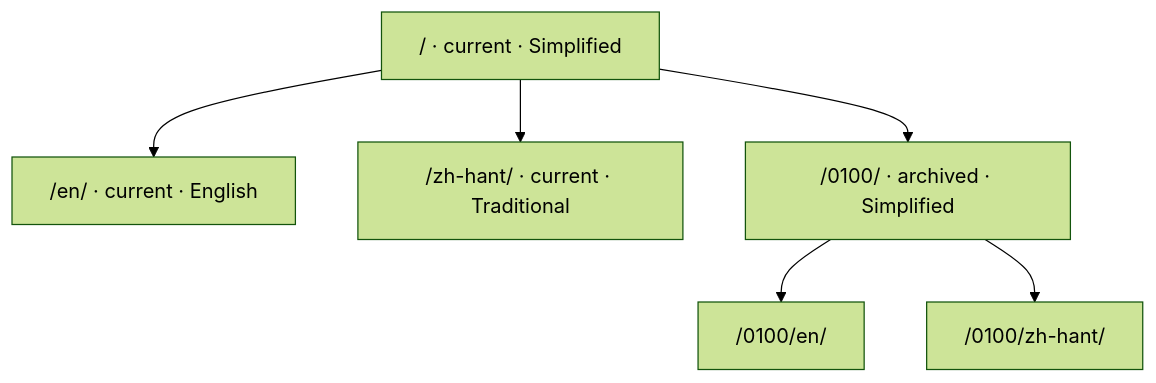
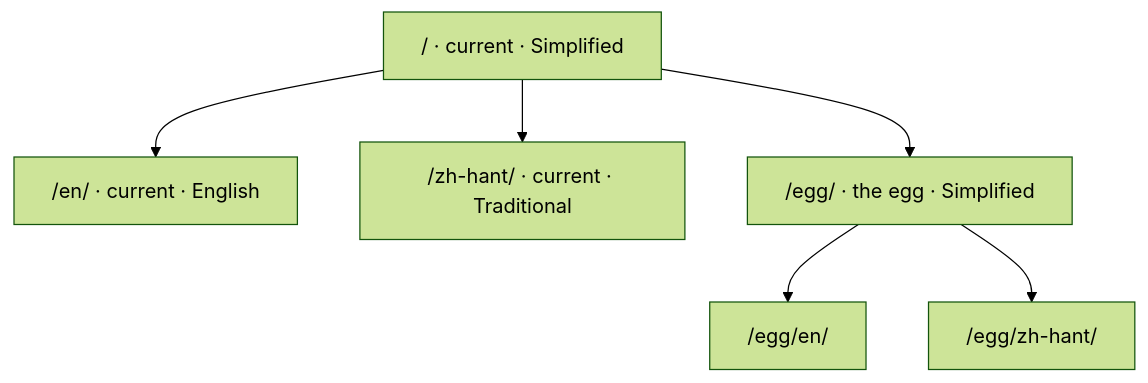
The diagram in content/about/index.en.md (rwr-infra/rwr-mapbook), drawn with Mermaid (forest theme) before and after one commit. The commit also changed other lines of this file and 523 other files, not shown here.

````diff
--- a/content/about/index.en.md
+++ b/content/about/index.en.md
@@ -37,8 +37,8 @@
 ```mermaid
 graph TD
   A["/ · current · Simplified"] --> B["/en/ · current · English"]
   A --> C["/zh-hant/ · current · Traditional"]
-  A --> D["/0100/ · archived · Simplified"]
-  D --> E["/0100/en/"]
-  D --> F["/0100/zh-hant/"]
+  A --> D["/egg/ · the egg · Simplified"]
+  D --> E["/egg/en/"]
+  D --> F["/egg/zh-hant/"]
 ```
````
